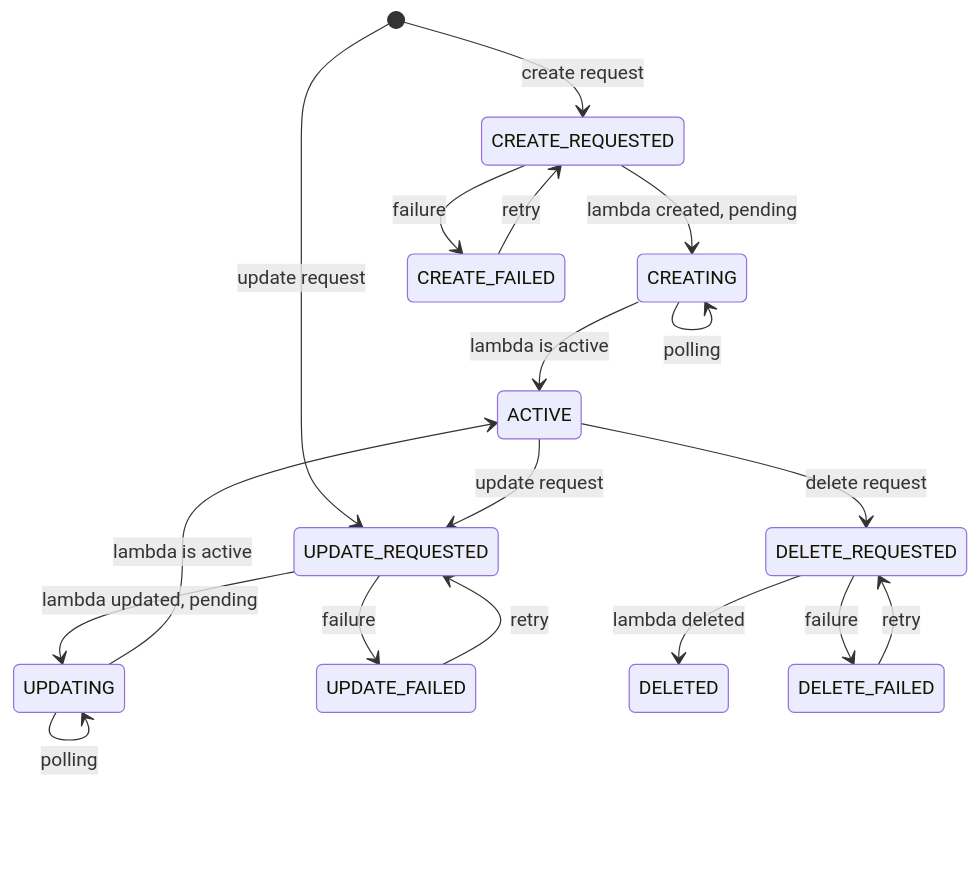
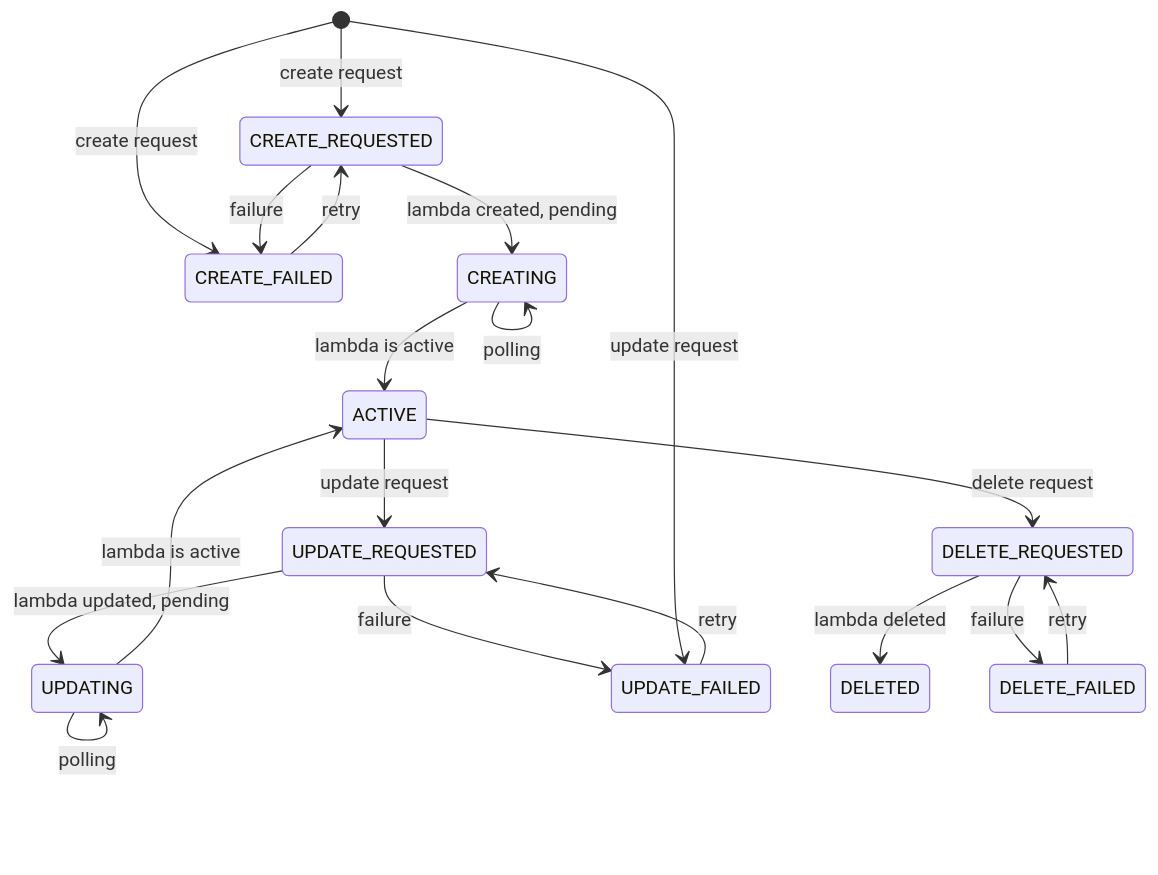
The sixth of 6 diagrams in README.md (sergei-vorobev-personal/deploymentmanager), drawn with Mermaid before and after one commit.

Commit message:
updated state diagram

````diff
--- a/README.md
+++ b/README.md
@@ -85,20 +85,21 @@
 ```mermaid
 stateDiagram-v2
   [*] --> CREATE_REQUESTED: create request
-  [*] --> UPDATE_REQUESTED: update request
+  [*] --> CREATE_FAILED: create request
   CREATE_REQUESTED --> CREATING: lambda created, pending
   CREATING --> ACTIVE: lambda is active
   CREATING --> CREATING: polling
   CREATE_REQUESTED --> CREATE_FAILED: failure
   CREATE_FAILED --> CREATE_REQUESTED: retry
   ACTIVE --> UPDATE_REQUESTED: update request
   UPDATE_REQUESTED --> UPDATING: lambda updated, pending
   UPDATING --> ACTIVE: lambda is active
   UPDATING --> UPDATING: polling
   UPDATE_REQUESTED --> UPDATE_FAILED: failure
+  [*] --> UPDATE_FAILED: update request
   UPDATE_FAILED --> UPDATE_REQUESTED: retry
   ACTIVE --> DELETE_REQUESTED: delete request
   DELETE_REQUESTED --> DELETED: lambda deleted
   DELETE_REQUESTED --> DELETE_FAILED: failure
   DELETE_FAILED --> DELETE_REQUESTED: retry
 ```
````
